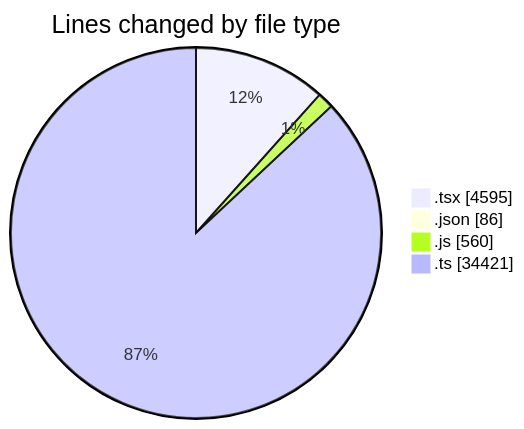
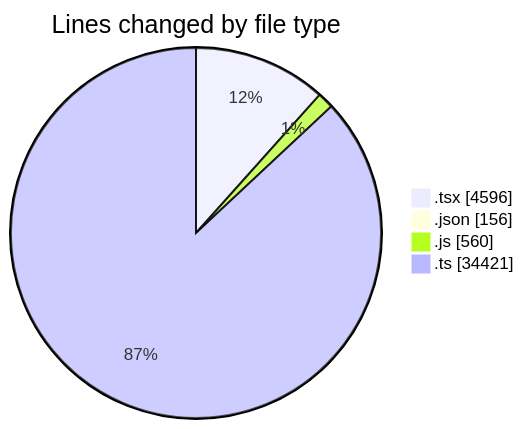
One commit to momahboobian/code-tracking changed the first of 2 diagrams in 2025-11-10/cda/README.md. Above: the diagram before and after it, drawn with Mermaid. The commit also changed other lines of this file and 1 other file, not shown here.

````diff
--- a/2025-11-10/cda/README.md
+++ b/2025-11-10/cda/README.md
@@ -42,8 +43,8 @@
 ```mermaid
 pie showData
 title Lines changed by file type
-".tsx" : 4595
-".json" : 86
+".tsx" : 4596
+".json" : 156
 ".js" : 560
 ".ts" : 34421
 ```
````
